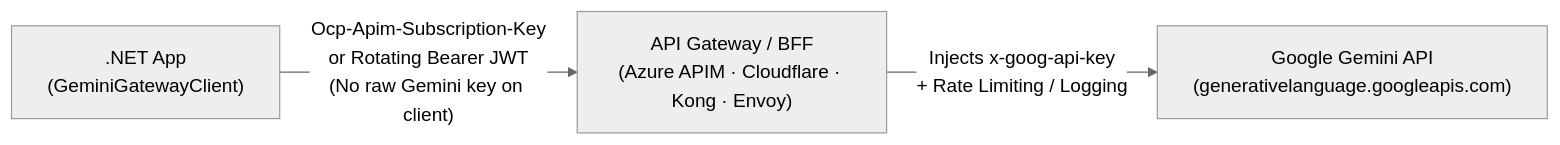
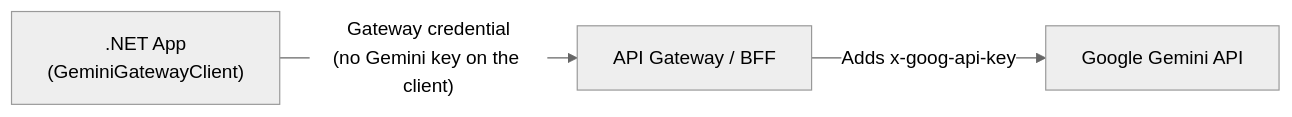
One commit to Osg-Junue/GeminiGatewayClient changed the diagram in README.md. Above: the diagram before and after it, drawn with Mermaid (neutral theme). The commit also changed other lines of this file and 17 other files, not shown here.

````diff
--- a/README.md
+++ b/README.md
@@ -22,9 +19,9 @@
 ```mermaid
 flowchart LR
-    App[".NET App\n(GeminiGatewayClient)"]
-    GW["API Gateway / BFF\n(Azure APIM · Cloudflare · Kong · Envoy)"]
-    Gemini["Google Gemini API\n(generativelanguage.googleapis.com)"]
+    App[".NET App<br/>(GeminiGatewayClient)"]
+    GW["API Gateway / BFF"]
+    Gemini["Google Gemini API"]
 
-    App -- "Ocp-Apim-Subscription-Key\nor Rotating Bearer JWT\n(No raw Gemini key on client)" --> GW
-    GW -- "Injects x-goog-api-key\n+ Rate Limiting / Logging" --> Gemini
+    App -- "Gateway credential<br/>(no Gemini key on the client)" --> GW
+    GW -- "Adds x-goog-api-key" --> Gemini
 ```
````
